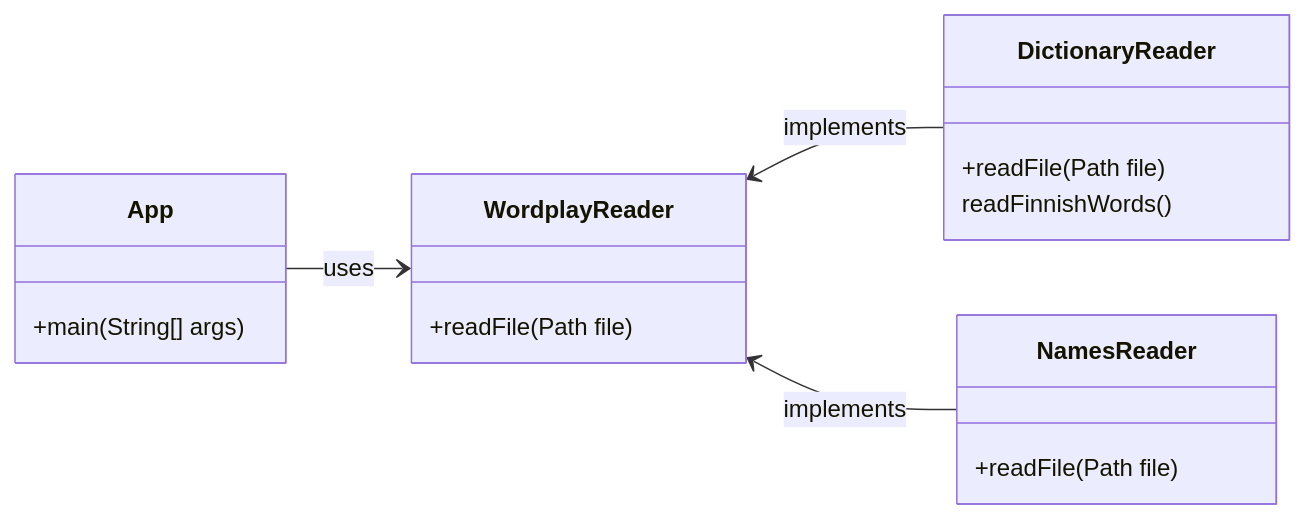
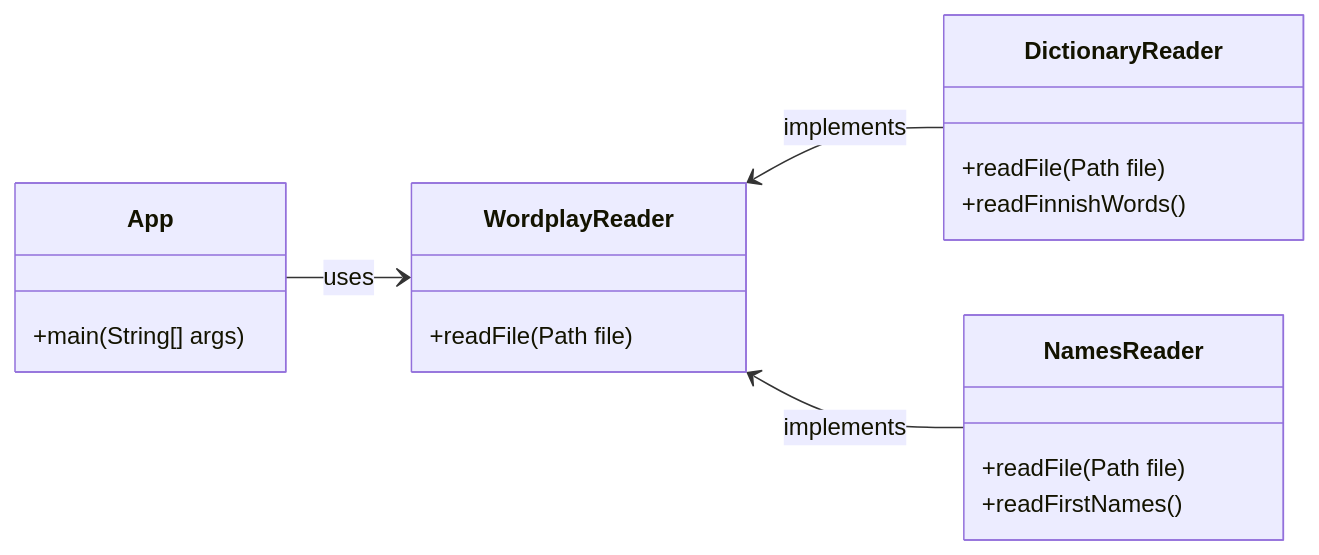
The diagram in readme.md (ohjelmointi2/wordplay-exercise), drawn with Mermaid before and after one commit. The commit also changed other lines of this file, not shown here.

````diff
--- a/readme.md
+++ b/readme.md
@@ -25,25 +25,26 @@
 ```mermaid
 classDiagram
     direction LR
 
     class App {
         +main(String[] args)
     }
 
     class DictionaryReader {
         +readFile(Path file)
-        readFinnishWords()
+        +readFinnishWords()
     }
 
     class NamesReader {
         +readFile(Path file)
+        +readFirstNames()
     }
 
     class WordplayReader {
         +readFile(Path file)
     }
 
     App --> WordplayReader : uses
     WordplayReader <-- DictionaryReader: implements
     WordplayReader <-- NamesReader : implements
 ```
````
